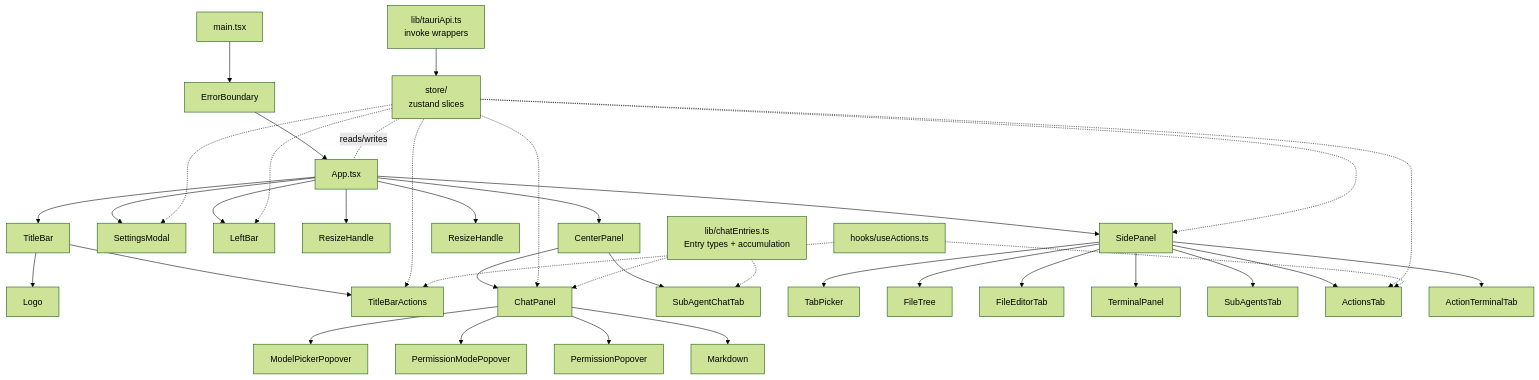
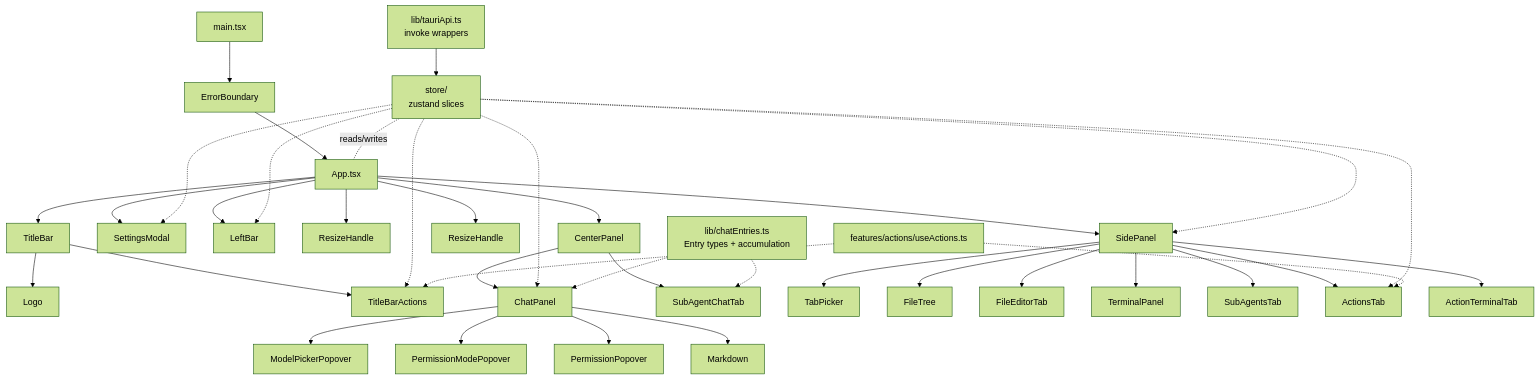
The third of 3 diagrams in ARCHITECTURE.md (patheticGeek/ai-leash), drawn with Mermaid (forest theme) before and after one commit. The commit also changed 27 other files, not shown here.

````diff
--- a/ARCHITECTURE.md
+++ b/ARCHITECTURE.md
@@ -95,44 +95,44 @@
 ```mermaid
 graph TD
     main[main.tsx] --> EB[ErrorBoundary]
     EB --> App[App.tsx]
 
     App --> TitleBar
     TitleBar --> Logo
     TitleBar --> TitleBarActions
     App --> SettingsModal
     App --> LeftBar
     App --> ResizeHandle1[ResizeHandle]
     App --> CenterPanel
     App --> ResizeHandle2[ResizeHandle]
     App --> SidePanel
 
     CenterPanel --> ChatPanel
     CenterPanel --> SubAgentChatTab
     ChatPanel --> ModelPickerPopover
     ChatPanel --> PermissionModePopover
     ChatPanel --> PermissionPopover
     ChatPanel --> Markdown
 
     SidePanel --> TabPicker
     SidePanel --> FileTree
     SidePanel --> FileEditorTab
     SidePanel --> TerminalPanel
     SidePanel --> SubAgentsTab
     SidePanel --> ActionsTab
     SidePanel --> ActionTerminalTab
 
     store[store/\nzustand slices] -.reads/writes.- App
     store -.-> LeftBar
     store -.-> ChatPanel
     store -.-> SidePanel
     store -.-> SettingsModal
     store -.-> ActionsTab
     store -.-> TitleBarActions
 
     tauriApi[lib/tauriApi.ts\ninvoke wrappers] --> store
     chatEntries[lib/chatEntries.ts\nEntry types + accumulation] -.-> ChatPanel
     chatEntries -.-> SubAgentChatTab
-    useActions[hooks/useActions.ts] -.-> ActionsTab
+    useActions[features/actions/useActions.ts] -.-> ActionsTab
     useActions -.-> TitleBarActions
 ```
````
